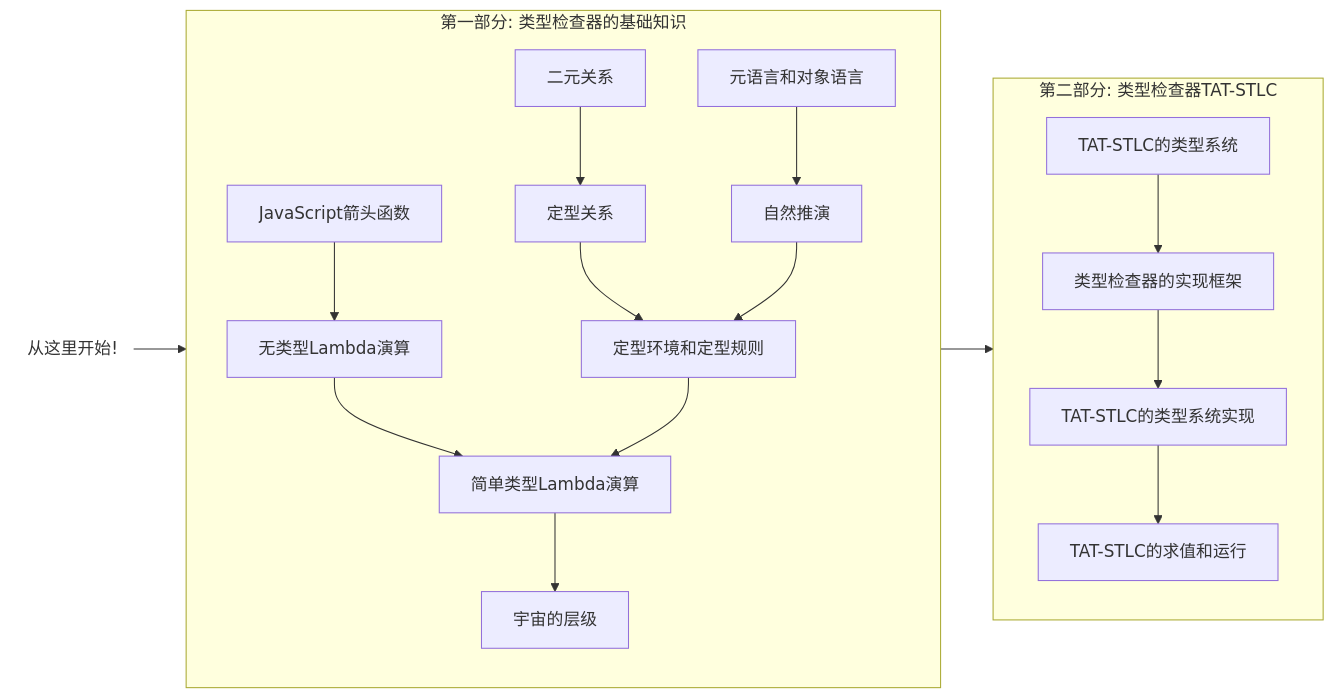
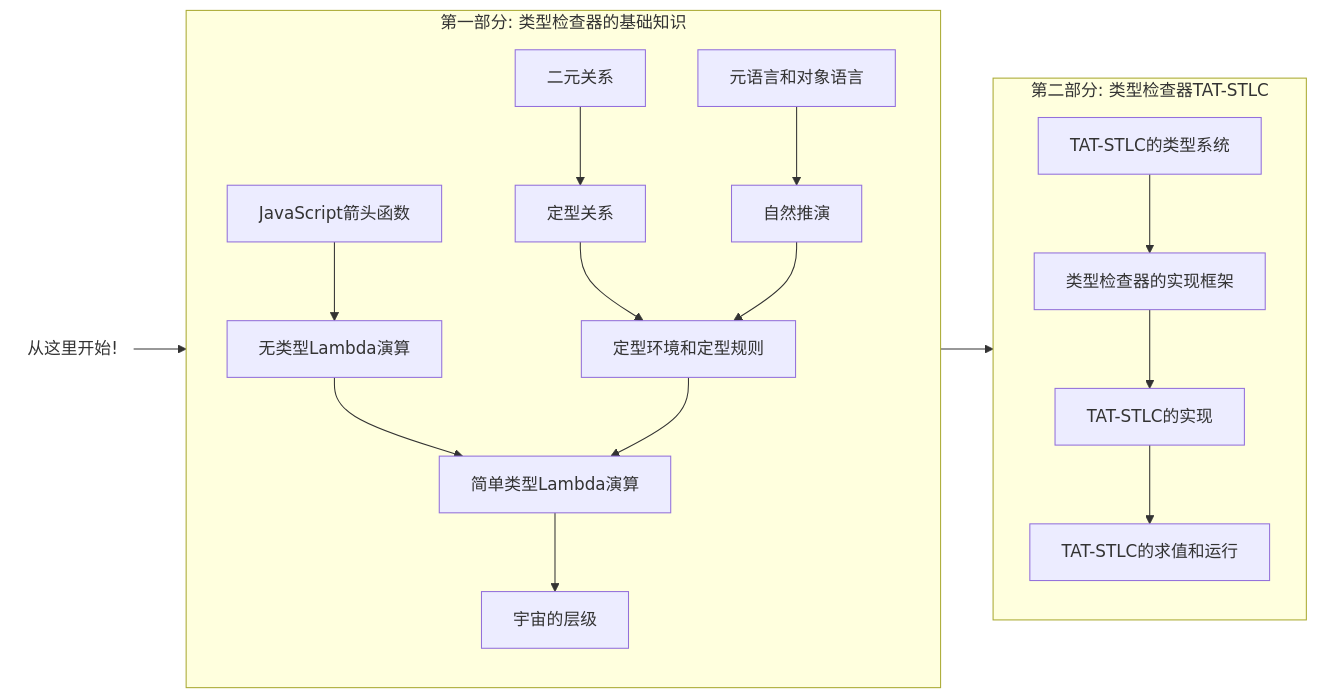
The diagram in slides/slides.md (suica/write-you-a-typescript), drawn with Mermaid before and after one commit. The commit also changed other lines of this file, not shown here.

````diff
--- a/slides/slides.md
+++ b/slides/slides.md
@@ -452,23 +452,23 @@
 ```mermaid {scale: 0.9}
 flowchart LR
   subgraph Part1[第一部分: 类型检查器的基础知识]
     direction TB
     ArrowFunction[JavaScript箭头函数] --> UTLC[无类型Lambda演算]
     UTLC --> STLC --> 宇宙的层级
     BinaryRelation[二元关系] --> TypingRelation[定型关系]
     TypingRelation --> TypingContext[定型环境和定型规则]
     TypingContext --> STLC[简单类型Lambda演算]
     MetaLanguage[元语言和对象语言] --> NaturalDeduction[自然推演] 
     NaturalDeduction --> TypingContext
   end
 
   subgraph Part2[第二部分: 类型检查器TAT-STLC]
     direction TB
     TATRules[TAT-STLC的类型系统] --> TATFrameWork[类型检查器的实现框架]
-    TATFrameWork --> TATTypeScriptImpl[TAT-STLC的类型系统实现] --> TATEval[TAT-STLC的求值和运行]
+    TATFrameWork --> TATTypeScriptImpl[TAT-STLC的实现] --> TATEval[TAT-STLC的求值和运行]
   end
 
   Start(从这里开始!) --> Part1 --> Part2
   style Start fill:none,stroke:none
 
 ```
````
